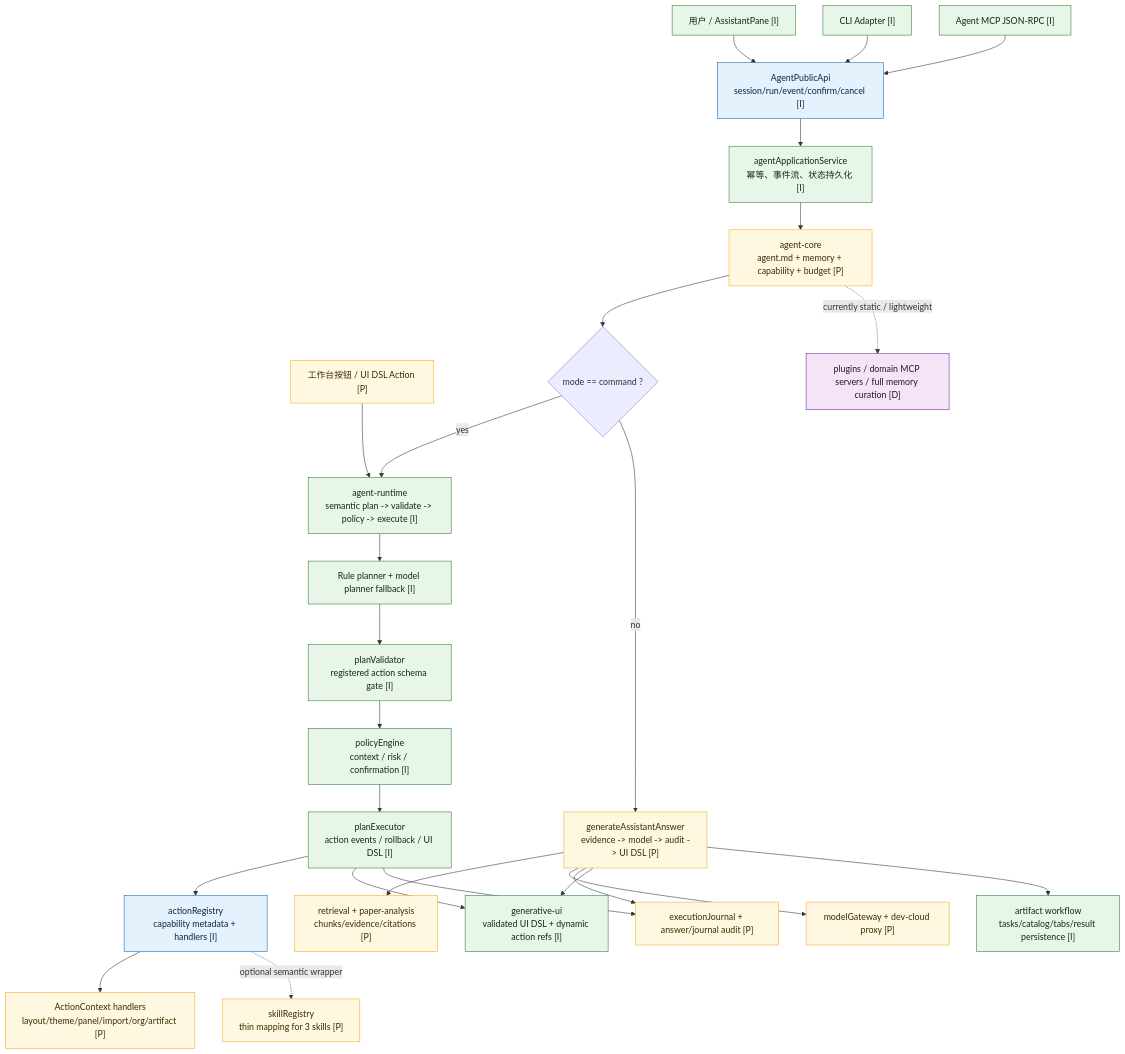
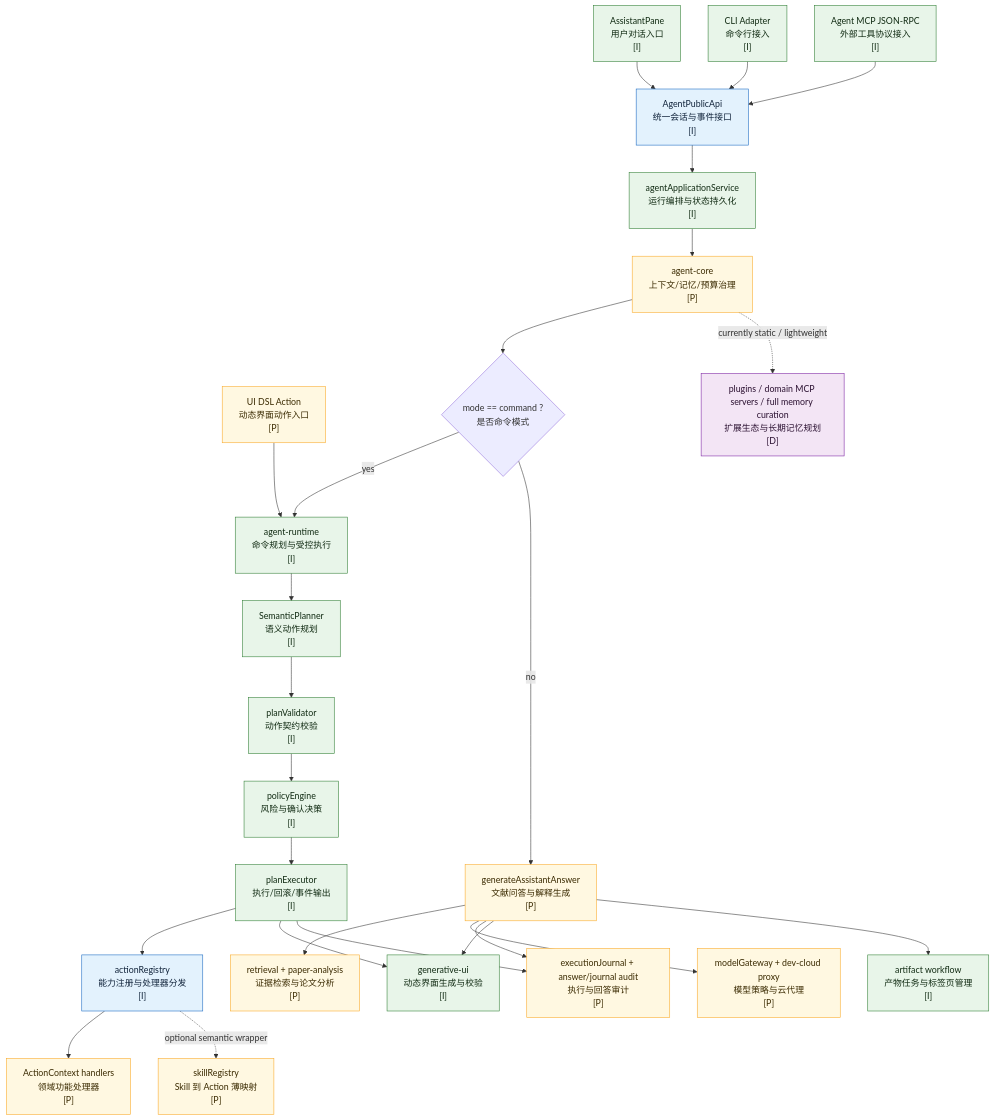
The first of 6 diagrams in project-docs/engineering/agent-architecture-audit.md (Hash012/Liteasy), drawn with Mermaid before and after one commit. The commit also changed other lines of this file and 8 other files, not shown here.

````diff
--- a/project-docs/engineering/agent-architecture-audit.md
+++ b/project-docs/engineering/agent-architecture-audit.md
@@ -34,58 +31,58 @@
 ```mermaid
 flowchart TB
   classDef implemented fill:#e8f5e9,stroke:#2e7d32,color:#102a12
   classDef partial fill:#fff8e1,stroke:#f9a825,color:#3a2a00
   classDef planned fill:#f3e5f5,stroke:#7b1fa2,color:#2a1030
   classDef boundary fill:#e3f2fd,stroke:#1565c0,color:#10233a
   classDef risk fill:#ffebee,stroke:#c62828,color:#3a1010
 
-  User["用户 / AssistantPane [I]"]:::implemented
-  Workbench["工作台按钮 / UI DSL Action [P]"]:::partial
-  CLI["CLI Adapter [I]"]:::implemented
-  MCP["Agent MCP JSON-RPC [I]"]:::implemented
+  User["AssistantPane<br/>用户对话入口<br/>[I]"]:::implemented
+  Workbench["UI DSL Action<br/>动态界面动作入口<br/>[P]"]:::partial
+  CLI["CLI Adapter<br/>命令行接入<br/>[I]"]:::implemented
+  MCP["Agent MCP JSON-RPC<br/>外部工具协议接入<br/>[I]"]:::implemented
 
-  PublicApi["AgentPublicApi<br/>session/run/event/confirm/cancel [I]"]:::boundary
-  AppService["agentApplicationService<br/>幂等、事件流、状态持久化 [I]"]:::implemented
-  Core["agent-core<br/>agent.md + memory + capability + budget [P]"]:::partial
+  PublicApi["AgentPublicApi<br/>统一会话与事件接口<br/>[I]"]:::boundary
+  AppService["agentApplicationService<br/>运行编排与状态持久化<br/>[I]"]:::implemented
+  Core["agent-core<br/>上下文/记忆/预算治理<br/>[P]"]:::partial
 
-  Runtime{"mode == command ?"}
-  CommandRuntime["agent-runtime<br/>semantic plan -> validate -> policy -> execute [I]"]:::implemented
-  KnowledgeRuntime["generateAssistantAnswer<br/>evidence -> model -> audit -> UI DSL [P]"]:::partial
+  Runtime{"mode == command ?<br/>是否命令模式"}
+  CommandRuntime["agent-runtime<br/>命令规划与受控执行<br/>[I]"]:::implemented
+  KnowledgeRuntime["generateAssistantAnswer<br/>文献问答与解释生成<br/>[P]"]:::partial
 
-  Planner["Rule planner + model planner fallback [I]"]:::implemented
-  Validator["planValidator<br/>registered action schema gate [I]"]:::implemented
-  Policy["policyEngine<br/>context / risk / confirmation [I]"]:::implemented
-  Executor["planExecutor<br/>action events / rollback / UI DSL [I]"]:::implemented
+  Planner["SemanticPlanner<br/>语义动作规划<br/>[I]"]:::implemented
+  Validator["planValidator<br/>动作契约校验<br/>[I]"]:::implemented
+  Policy["policyEngine<br/>风险与确认决策<br/>[I]"]:::implemented
+  Executor["planExecutor<br/>执行/回滚/事件输出<br/>[I]"]:::implemented
 
-  ActionRegistry["actionRegistry<br/>capability metadata + handlers [I]"]:::boundary
-  SkillRegistry["skillRegistry<br/>thin mapping for 3 skills [P]"]:::partial
-  FeatureHandlers["ActionContext handlers<br/>layout/theme/panel/import/org/artifact [P]"]:::partial
+  ActionRegistry["actionRegistry<br/>能力注册与处理器分发<br/>[I]"]:::boundary
+  SkillRegistry["skillRegistry<br/>Skill 到 Action 薄映射<br/>[P]"]:::partial
+  FeatureHandlers["ActionContext handlers<br/>领域功能处理器<br/>[P]"]:::partial
 
-  Retrieval["retrieval + paper-analysis<br/>chunks/evidence/citations [P]"]:::partial
-  Models["modelGateway + dev-cloud proxy [P]"]:::partial
-  Artifacts["artifact workflow<br/>tasks/catalog/tabs/result persistence [I]"]:::implemented
-  UIDsl["generative-ui<br/>validated UI DSL + dynamic action refs [I]"]:::implemented
-  Audit["executionJournal + answer/journal audit [P]"]:::partial
-  StaticCatalogs["plugins / domain MCP servers / full memory curation [D]"]:::planned
+  Retrieval["retrieval + paper-analysis<br/>证据检索与论文分析<br/>[P]"]:::partial
+  Models["modelGateway + dev-cloud proxy<br/>模型策略与云代理<br/>[P]"]:::partial
+  Artifacts["artifact workflow<br/>产物任务与标签页管理<br/>[I]"]:::implemented
+  UIDsl["generative-ui<br/>动态界面生成与校验<br/>[I]"]:::implemented
+  Audit["executionJournal + answer/journal audit<br/>执行与回答审计<br/>[P]"]:::partial
+  StaticCatalogs["plugins / domain MCP servers / full memory curation<br/>扩展生态与长期记忆规划<br/>[D]"]:::planned
 
   User --> PublicApi
   CLI --> PublicApi
   MCP --> PublicApi
   Workbench --> CommandRuntime
   PublicApi --> AppService --> Core --> Runtime
   Runtime -- yes --> CommandRuntime
   Runtime -- no --> KnowledgeRuntime
 
   CommandRuntime --> Planner --> Validator --> Policy --> Executor --> ActionRegistry --> FeatureHandlers
   Executor --> UIDsl
   Executor --> Audit
   ActionRegistry -. optional semantic wrapper .-> SkillRegistry
 
   KnowledgeRuntime --> Retrieval
   KnowledgeRuntime --> Models
   KnowledgeRuntime --> Audit
   KnowledgeRuntime --> UIDsl
   KnowledgeRuntime --> Artifacts
 
   Core -. currently static / lightweight .-> StaticCatalogs
 ```
````
